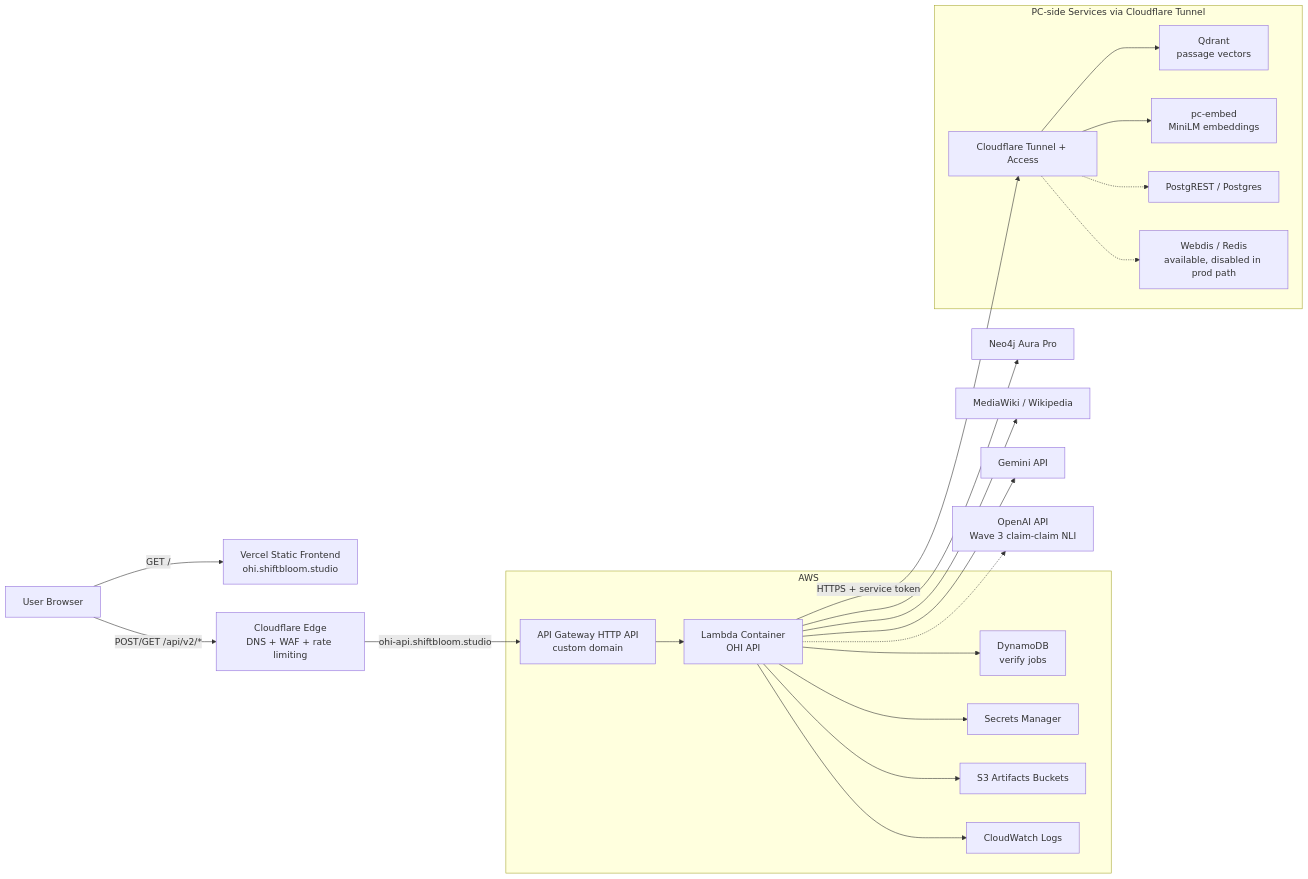
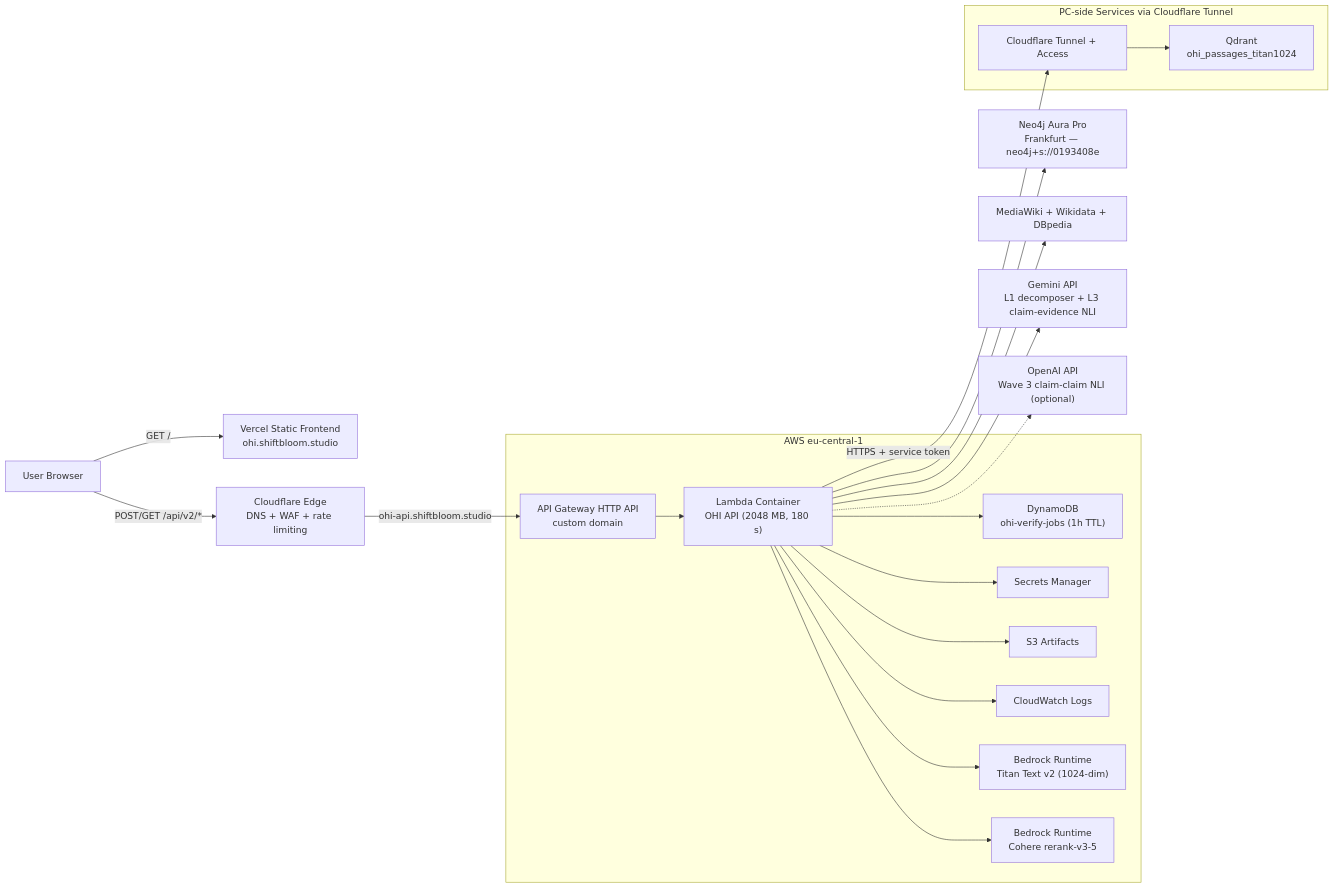
One commit to shiftbloom-studio/open-hallucination-index changed the first of 3 diagrams in docs/CURRENT_ARCHITECTURE.md. Above: the diagram before and after it, drawn with Mermaid. The commit also changed other lines of this file and 4 other files, not shown here.

````diff
--- a/docs/CURRENT_ARCHITECTURE.md
+++ b/docs/CURRENT_ARCHITECTURE.md
@@ -23,49 +39,47 @@
 ```mermaid
 flowchart LR
     user["User Browser"]
     site["Vercel Static Frontend\nohi.shiftbloom.studio"]
     edge["Cloudflare Edge\nDNS + WAF + rate limiting"]
 
-    subgraph aws["AWS"]
+    subgraph aws["AWS eu-central-1"]
         apigw["API Gateway HTTP API\ncustom domain"]
-        lambda["Lambda Container\nOHI API"]
-        ddb["DynamoDB\nverify jobs"]
+        lambda["Lambda Container\nOHI API (2048 MB, 180 s)"]
+        ddb["DynamoDB\nohi-verify-jobs (1h TTL)"]
         sm["Secrets Manager"]
-        s3["S3 Artifacts Buckets"]
+        s3["S3 Artifacts"]
         logs["CloudWatch Logs"]
+        br_embed["Bedrock Runtime\nTitan Text v2 (1024-dim)"]
+        br_rerank["Bedrock Runtime\nCohere rerank-v3-5"]
     end
 
     subgraph pc["PC-side Services via Cloudflare Tunnel"]
         cfaccess["Cloudflare Tunnel + Access"]
-        qdrant["Qdrant\npassage vectors"]
-        embed["pc-embed\nMiniLM embeddings"]
-        pg["PostgREST / Postgres"]
-        redis["Webdis / Redis\navailable, disabled in prod path"]
+        qdrant["Qdrant\nohi_passages_titan1024"]
     end
 
-    aura["Neo4j Aura Pro"]
-    wiki["MediaWiki / Wikipedia"]
-    gemini["Gemini API"]
-    openai["OpenAI API\nWave 3 claim-claim NLI"]
+    aura["Neo4j Aura Pro\nFrankfurt — neo4j+s://0193408e"]
+    wiki["MediaWiki + Wikidata + DBpedia"]
+    gemini["Gemini API\nL1 decomposer + L3 claim-evidence NLI"]
+    openai["OpenAI API\nWave 3 claim-claim NLI (optional)"]
 
     user -->|"GET /"| site
     user -->|"POST/GET /api/v2/*"| edge
     edge -->|"ohi-api.shiftbloom.studio"| apigw
     apigw --> lambda
 
     lambda --> ddb
     lambda --> sm
     lambda --> s3
     lambda --> logs
+    lambda --> br_embed
+    lambda --> br_rerank
 
     lambda --> aura
     lambda --> wiki
     lambda --> gemini
     lambda -.-> openai
 
     lambda -->|"HTTPS + service token"| cfaccess
     cfaccess --> qdrant
-    cfaccess --> embed
-    cfaccess -.-> pg
-    cfaccess -.-> redis
 ```
````
